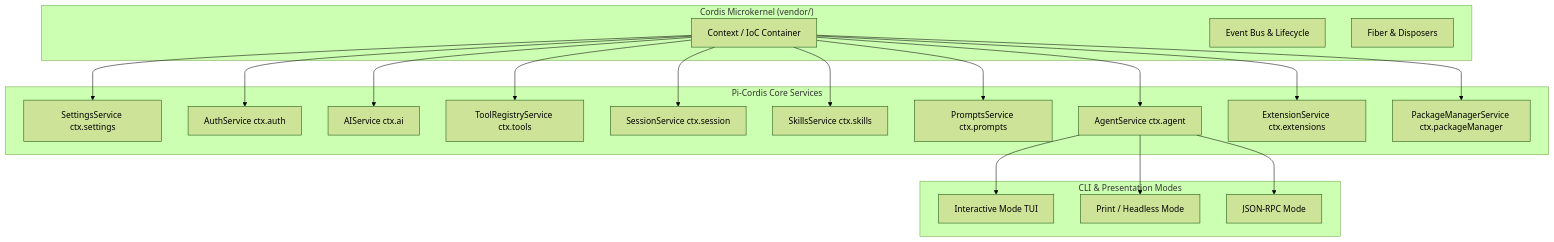
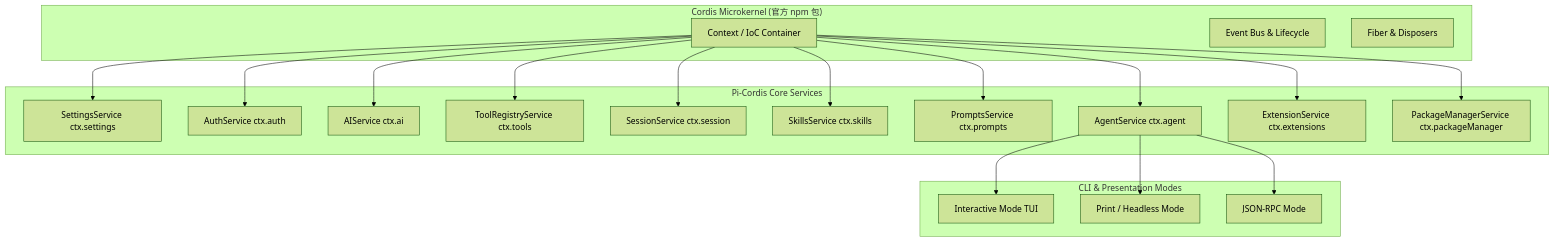
Before and after one commit to civaapple-alt/pi-cordis: the diagram in .agents/notes/implemented/architecture/2026-08-19-pi-cordis-microkernel-architecture.zh.md, drawn with Mermaid (forest theme). The commit also changed other lines of this file and 115 other files, not shown here.

Commit message:
refactor(deps): consume Cordis packages from npm

````diff
--- a/.agents/notes/implemented/architecture/2026-08-19-pi-cordis-microkernel-architecture.zh.md
+++ b/.agents/notes/implemented/architecture/2026-08-19-pi-cordis-microkernel-architecture.zh.md
@@ -30,42 +30,42 @@
 ```mermaid
 graph TD
-    subgraph "Cordis Microkernel (vendor/)"
+    subgraph "Cordis Microkernel (官方 npm 包)"
         Ctx[Context / IoC Container]
         Events[Event Bus & Lifecycle]
         Fiber[Fiber & Disposers]
     end
 
     subgraph "Pi-Cordis Core Services"
         SettingsSvc[SettingsService ctx.settings]
         AuthSvc[AuthService ctx.auth]
         AiSvc[AIService ctx.ai]
         ToolsSvc[ToolRegistryService ctx.tools]
         SessionSvc[SessionService ctx.session]
         SkillsSvc[SkillsService ctx.skills]
         PromptsSvc[PromptsService ctx.prompts]
         AgentSvc[AgentService ctx.agent]
         ExtSvc[ExtensionService ctx.extensions]
         PkgSvc[PackageManagerService ctx.packageManager]
     end
 
     subgraph "CLI & Presentation Modes"
         InteractiveTUI[Interactive Mode TUI]
         PrintMode[Print / Headless Mode]
         RPCMode[JSON-RPC Mode]
     end
 
     Ctx --> SettingsSvc
     Ctx --> AuthSvc
     Ctx --> AiSvc
     Ctx --> ToolsSvc
     Ctx --> SessionSvc
     Ctx --> SkillsSvc
     Ctx --> PromptsSvc
     Ctx --> AgentSvc
     Ctx --> ExtSvc
     Ctx --> PkgSvc
 
     AgentSvc --> InteractiveTUI
     AgentSvc --> PrintMode
     AgentSvc --> RPCMode
 ```
````
